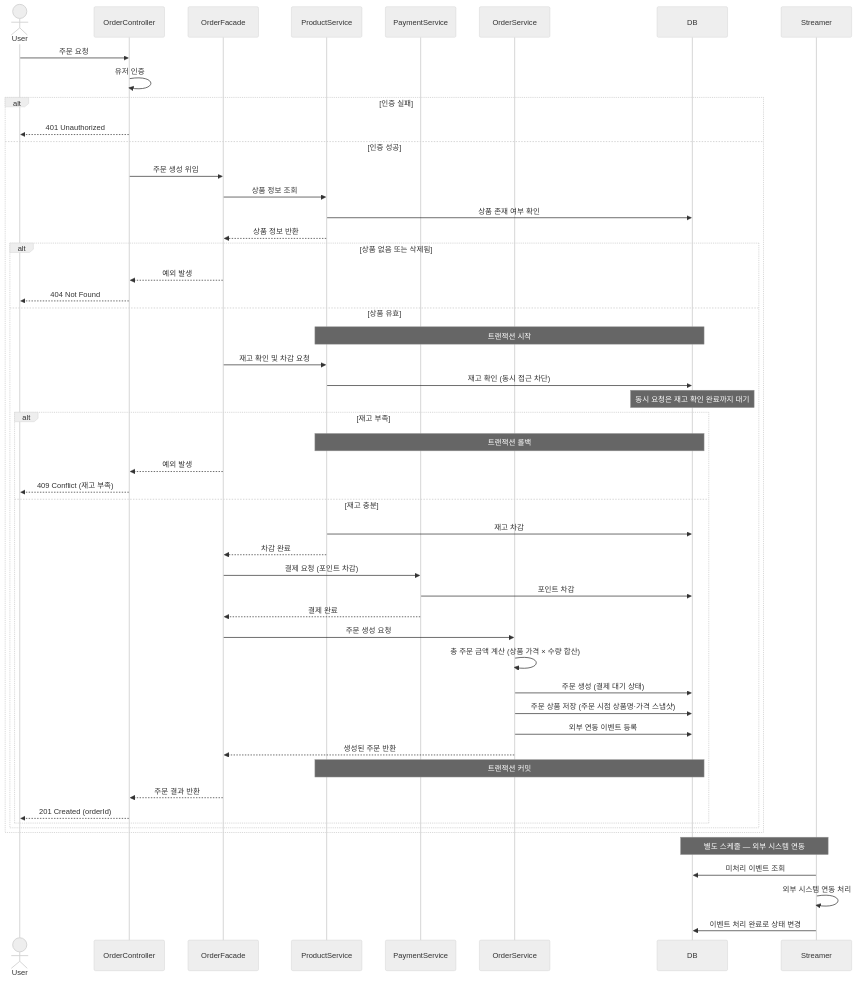
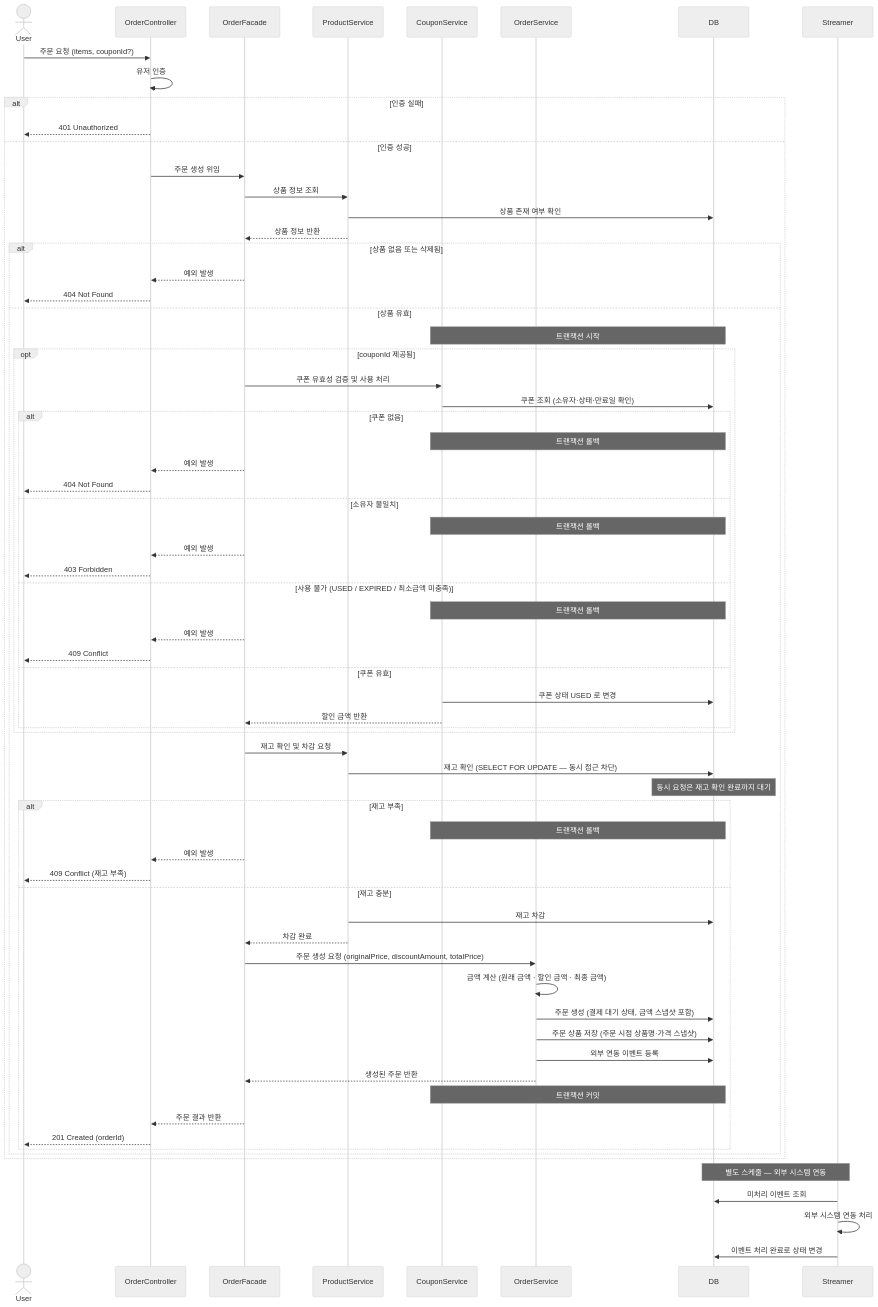
One commit to loopers-labs/loop-pack-be-l2-vol4-java changed the first of 6 diagrams in docs/design/02-sequence-diagrams.md. Above: the diagram before and after it, drawn with Mermaid (neutral theme). The commit also changed other lines of this file and 4 other files, not shown here.

````diff
--- a/docs/design/02-sequence-diagrams.md
+++ b/docs/design/02-sequence-diagrams.md
@@ -17,63 +17,82 @@
 ```mermaid
 sequenceDiagram
   actor User as User
   participant OC as OrderController
   participant OF as OrderFacade
   participant PS as ProductService
-  participant PAY as PaymentService
+  participant CS as CouponService
   participant OS as OrderService
   participant DB as DB
   participant Streamer as Streamer
 
-  User->>OC: 주문 요청
+  User->>OC: 주문 요청 (items, couponId?)
   OC->>OC: 유저 인증
 
   alt 인증 실패
     OC-->>User: 401 Unauthorized
   else 인증 성공
     OC->>OF: 주문 생성 위임
 
     OF->>PS: 상품 정보 조회
     PS->>DB: 상품 존재 여부 확인
     PS-->>OF: 상품 정보 반환
 
     alt 상품 없음 또는 삭제됨
       OF-->>OC: 예외 발생
       OC-->>User: 404 Not Found
     else 상품 유효
-      Note over PS,DB: 트랜잭션 시작
+      Note over CS,DB: 트랜잭션 시작
+
+      opt couponId 제공됨
+        OF->>CS: 쿠폰 유효성 검증 및 사용 처리
+        CS->>DB: 쿠폰 조회 (소유자·상태·만료일 확인)
+
+        alt 쿠폰 없음
+          Note over CS,DB: 트랜잭션 롤백
+          OF-->>OC: 예외 발생
+          OC-->>User: 404 Not Found
+        else 소유자 불일치
+          Note over CS,DB: 트랜잭션 롤백
+          OF-->>OC: 예외 발생
+          OC-->>User: 403 Forbidden
+        else 사용 불가 (USED / EXPIRED / 최소금액 미충족)
+          Note over CS,DB: 트랜잭션 롤백
+          OF-->>OC: 예외 발생
+          OC-->>User: 409 Conflict
+        else 쿠폰 유효
+          CS->>DB: 쿠폰 상태 USED 로 변경
+          CS-->>OF: 할인 금액 반환
+        end
+      end
+
       OF->>PS: 재고 확인 및 차감 요청
-      PS->>DB: 재고 확인 (동시 접근 차단)
+      PS->>DB: 재고 확인 (SELECT FOR UPDATE — 동시 접근 차단)
       Note over DB: 동시 요청은 재고 확인 완료까지 대기
 
       alt 재고 부족
-        Note over PS,DB: 트랜잭션 롤백
+        Note over CS,DB: 트랜잭션 롤백
         OF-->>OC: 예외 발생
         OC-->>User: 409 Conflict (재고 부족)
       else 재고 충분
         PS->>DB: 재고 차감
         PS-->>OF: 차감 완료
 
-        OF->>PAY: 결제 요청 (포인트 차감)
-        PAY->>DB: 포인트 차감
-        PAY-->>OF: 결제 완료
-
-        OF->>OS: 주문 생성 요청
-        OS->>OS: 총 주문 금액 계산 (상품 가격 × 수량 합산)
-        OS->>DB: 주문 생성 (결제 대기 상태)
+        OF->>OS: 주문 생성 요청 (originalPrice, discountAmount, totalPrice)
+        OS->>OS: 금액 계산 (원래 금액 · 할인 금액 · 최종 금액)
+        OS->>DB: 주문 생성 (결제 대기 상태, 금액 스냅샷 포함)
         OS->>DB: 주문 상품 저장 (주문 시점 상품명·가격 스냅샷)
         OS->>DB: 외부 연동 이벤트 등록
         OS-->>OF: 생성된 주문 반환
-        Note over PS,DB: 트랜잭션 커밋
+        Note over CS,DB: 트랜잭션 커밋
 
         OF-->>OC: 주문 결과 반환
         OC-->>User: 201 Created (orderId)
       end
     end
   end
 
   Note over Streamer,DB: 별도 스케줄 — 외부 시스템 연동
   Streamer->>DB: 미처리 이벤트 조회
   Streamer->>Streamer: 외부 시스템 연동 처리
   Streamer->>DB: 이벤트 처리 완료로 상태 변경
 ```
````
